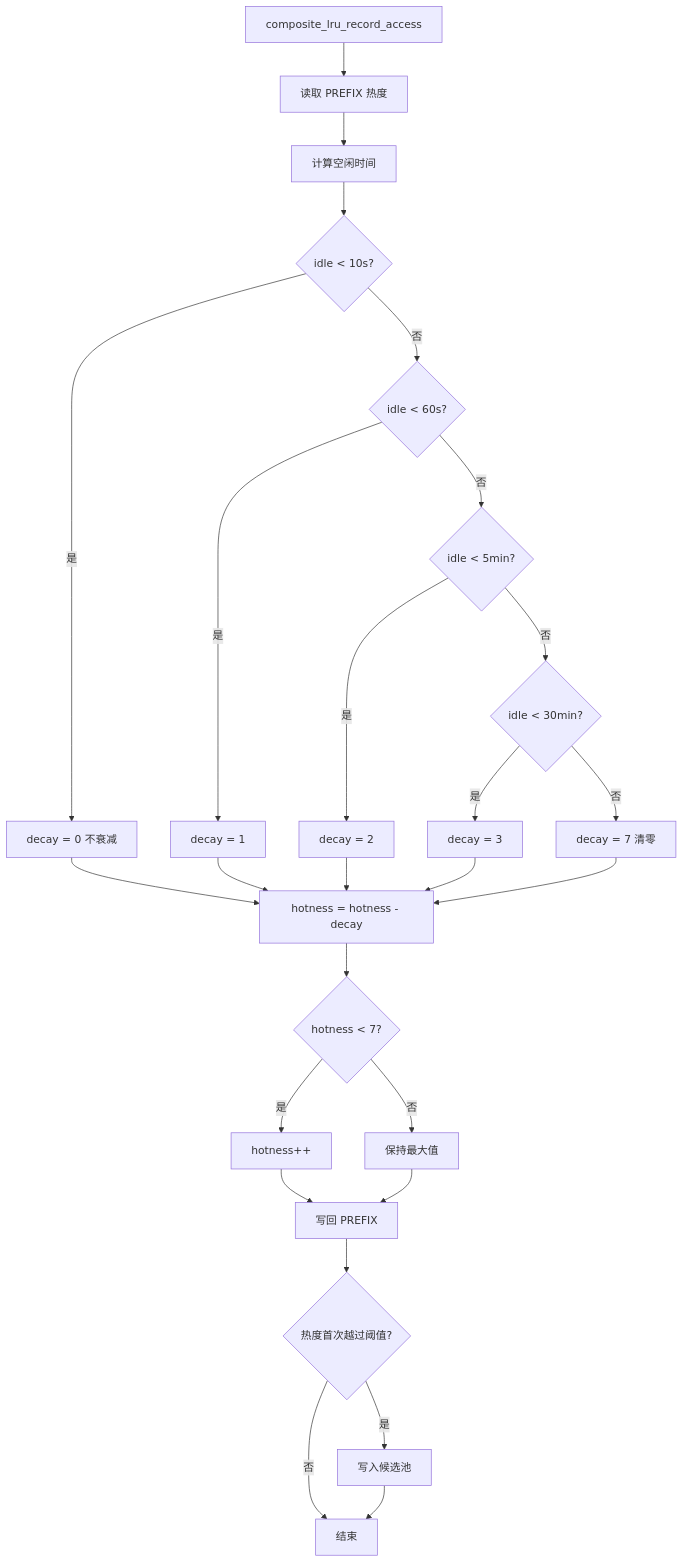
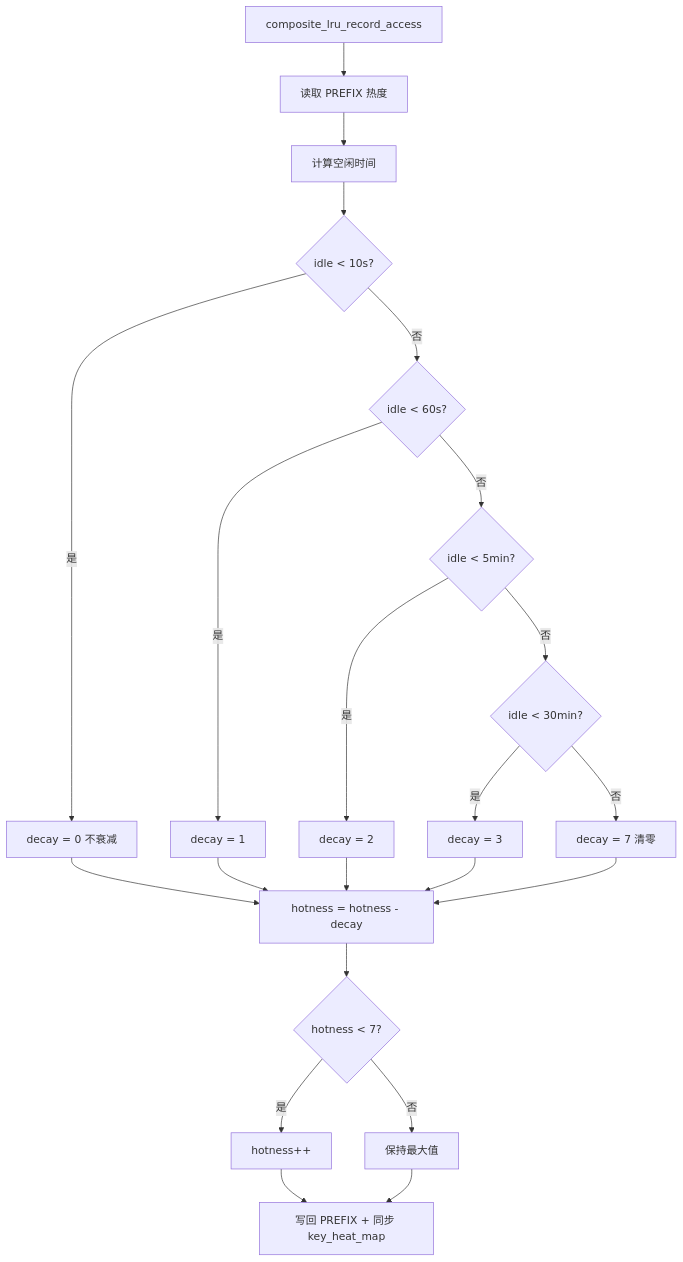
One commit to xDJTomato/Redis-NUMA changed the second of 3 diagrams in docs/new/06-numa-composite-lru.md. Above: the diagram before and after it, drawn with Mermaid. The commit also changed other lines of this file and 156 other files, not shown here.

````diff
--- a/docs/new/06-numa-composite-lru.md
+++ b/docs/new/06-numa-composite-lru.md
@@ -125,31 +137,27 @@
 ```mermaid
 graph TB
     A[composite_lru_record_access] --> B[读取 PREFIX 热度]
     B --> C[计算空闲时间]
     C --> D{idle < 10s?}
     D -->|是| E[decay = 0 不衰减]
     D -->|否| F{idle < 60s?}
     F -->|是| G[decay = 1]
     F -->|否| H{idle < 5min?}
     H -->|是| I[decay = 2]
     H -->|否| J{idle < 30min?}
     J -->|是| K[decay = 3]
     J -->|否| L[decay = 7 清零]
-    
+
     E --> M[hotness = hotness - decay]
     G --> M
     I --> M
     K --> M
     L --> M
-    
+
     M --> N{hotness < 7?}
     N -->|是| O[hotness++]
     N -->|否| P[保持最大值]
-    
-    O --> Q[写回 PREFIX]
+
+    O --> Q[写回 PREFIX + 同步 key_heat_map]
     P --> Q
-    Q --> R{热度首次越过阈值?}
-    R -->|是| S[写入候选池]
-    R -->|否| T[结束]
-    S --> T
 ```
````
